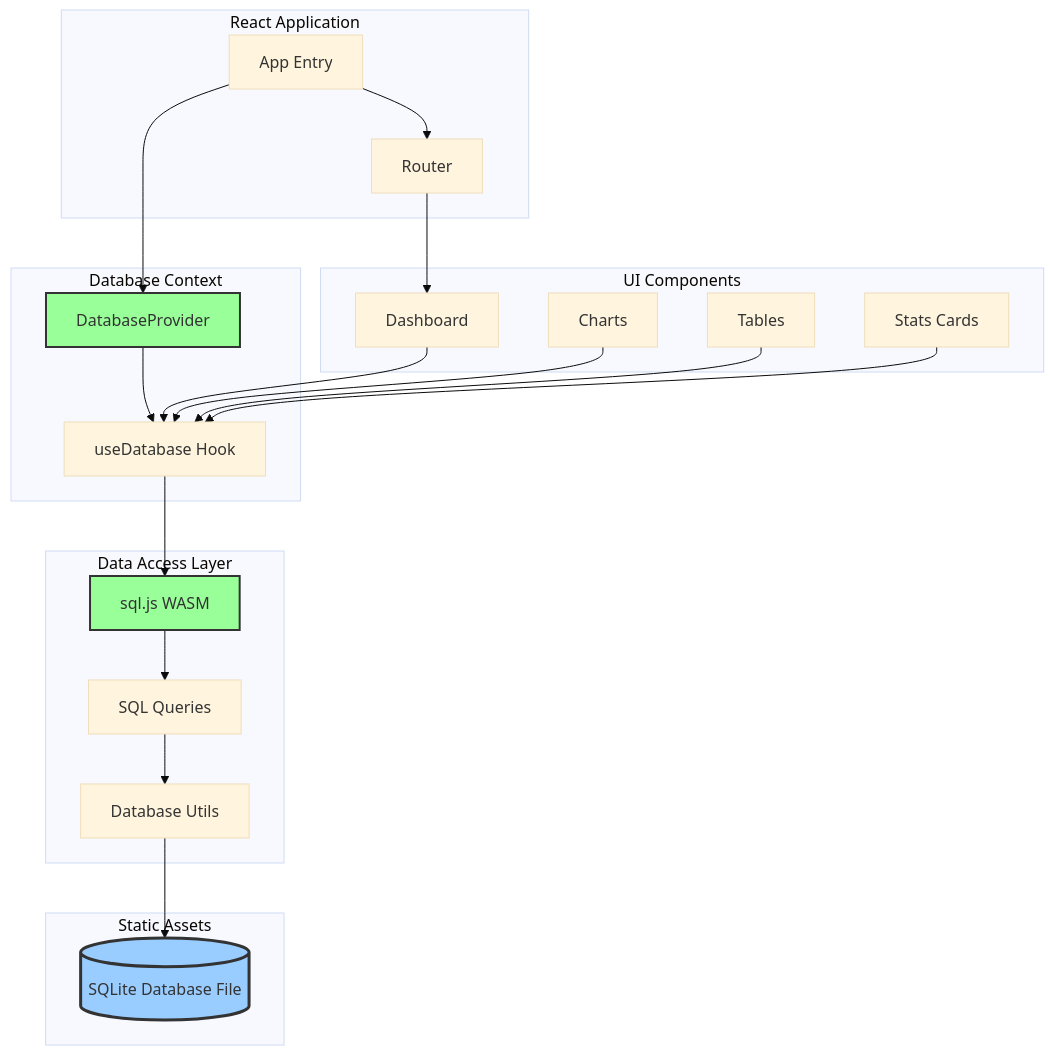
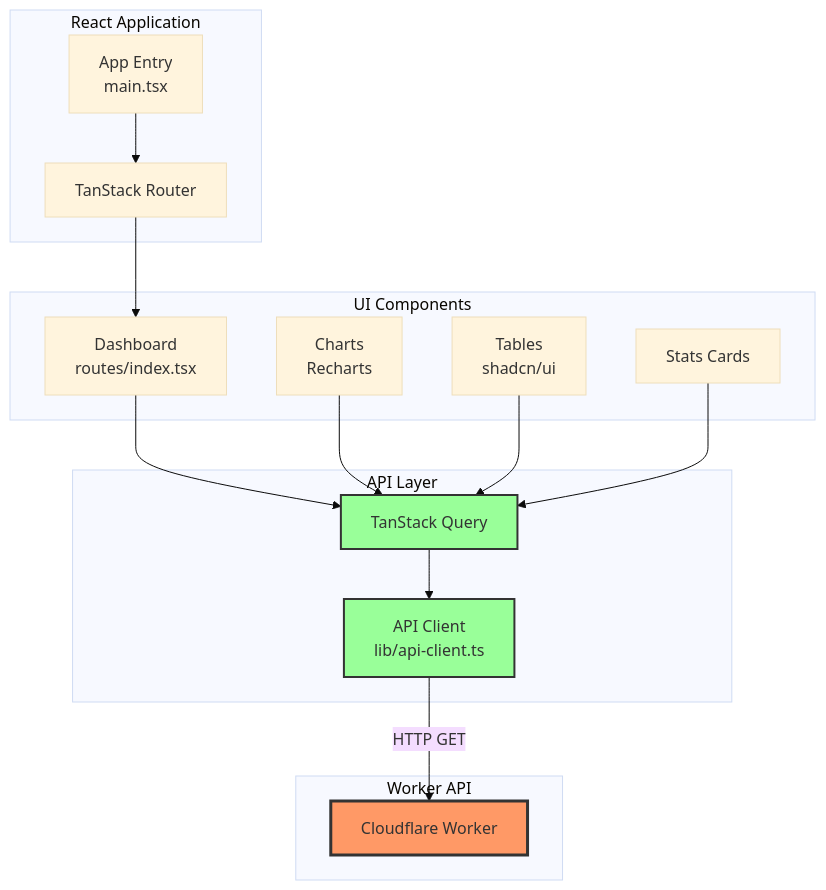
One commit to ZephyrCloudIO/ze-benchmarks changed the eighth of 19 diagrams in ARCHITECTURE.md. Above: the diagram before and after it, drawn with Mermaid (base theme). The commit also changed other lines of this file and 15 other files, not shown here.

````diff
--- a/ARCHITECTURE.md
+++ b/ARCHITECTURE.md
@@ -323,46 +383,36 @@
 ```mermaid
 graph TB
     subgraph "React Application"
-        A[App Entry]
-        B[Router]
+        A[App Entry<br/>main.tsx]
+        B[TanStack Router]
     end
 
-    subgraph "Database Context"
-        C[DatabaseProvider]
-        D[useDatabase Hook]
-    end
-
-    subgraph "Data Access Layer"
-        E[sql.js WASM]
-        F[SQL Queries]
-        G[Database Utils]
+    subgraph "API Layer"
+        C[API Client<br/>lib/api-client.ts]
+        D[TanStack Query]
     end
 
     subgraph "UI Components"
-        H1[Dashboard]
-        H2[Charts]
-        H3[Tables]
+        H1[Dashboard<br/>routes/index.tsx]
+        H2[Charts<br/>Recharts]
+        H3[Tables<br/>shadcn/ui]
         H4[Stats Cards]
     end
 
-    subgraph "Static Assets"
-        I[(SQLite Database File)]
+    subgraph "Worker API"
+        W[Cloudflare Worker]
     end
 
     A --> B
-    A --> C
-    C --> D
     B --> H1
     H1 --> D
     H2 --> D
     H3 --> D
     H4 --> D
-    D --> E
-    E --> F
-    F --> G
-    G --> I
+    D --> C
+    C -->|HTTP GET| W
 
     style C fill:#9f9,stroke:#333,stroke-width:2px
-    style E fill:#9f9,stroke:#333,stroke-width:2px
-    style I fill:#9cf,stroke:#333,stroke-width:3px
+    style D fill:#9f9,stroke:#333,stroke-width:2px
+    style W fill:#f96,stroke:#333,stroke-width:3px
 ```
````
